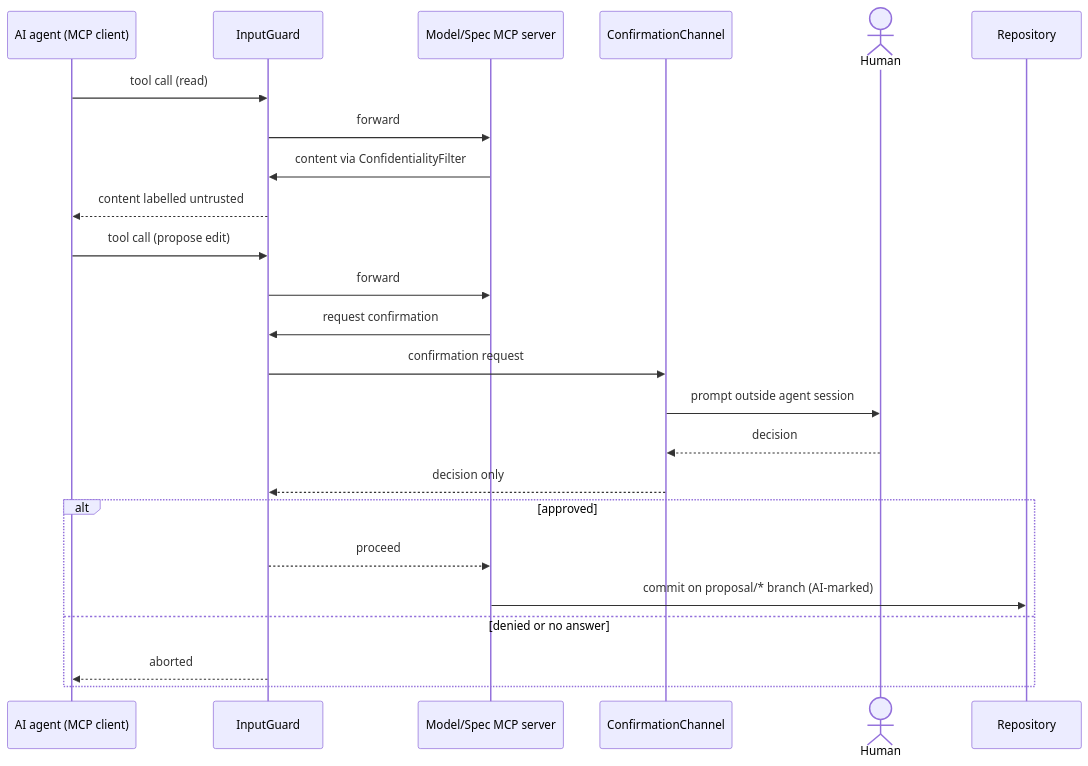
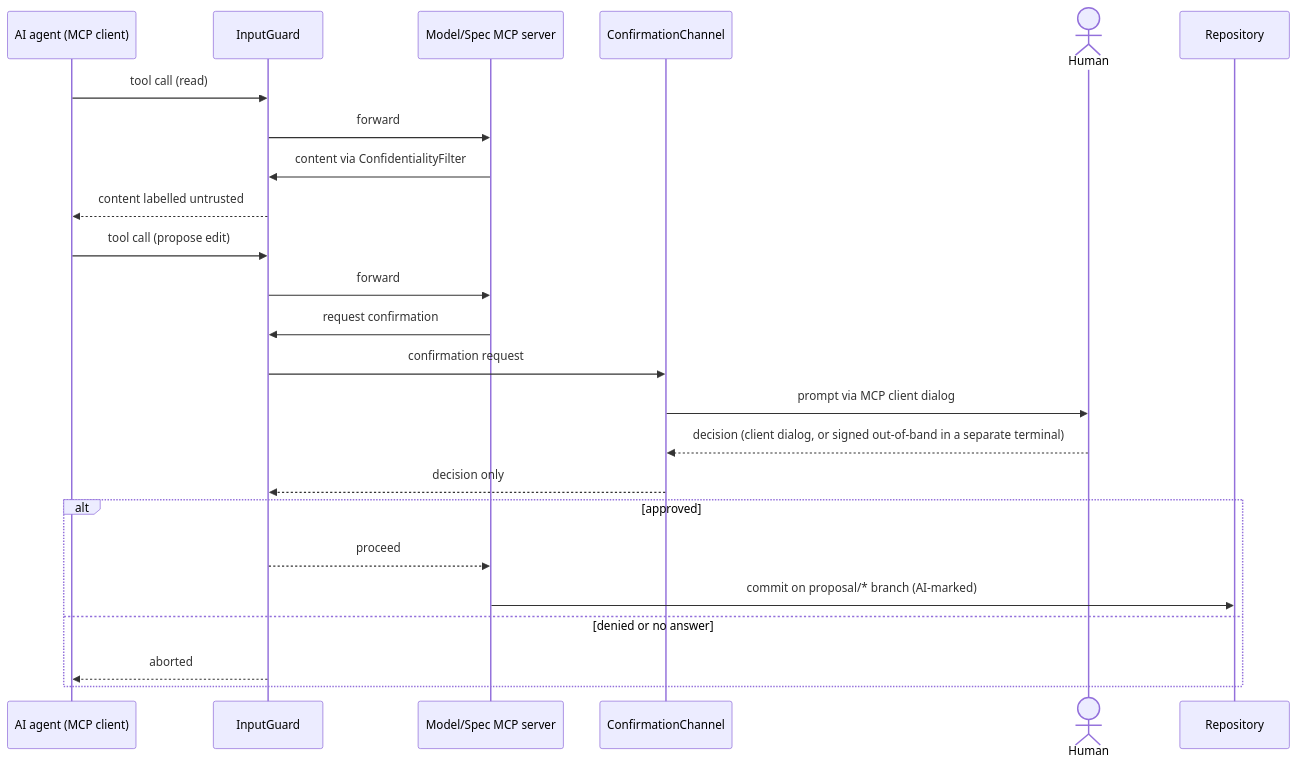
The diagram in docs/diagrams/02_agent_path_confirmation.mmd (DanielLockau-MLPA/specflow), drawn with Mermaid before and after one commit. The commit also changed 18 other files, not shown here.

First line of the commit message:
Record DL-024; fix lint; regenerate diagrams for the amended architecture

```diff
--- a/docs/diagrams/02_agent_path_confirmation.mmd
+++ b/docs/diagrams/02_agent_path_confirmation.mmd
@@ -1,24 +1,24 @@
 sequenceDiagram
   participant A as AI agent (MCP client)
   participant G as InputGuard
   participant S as Model/Spec MCP server
   participant C as ConfirmationChannel
   actor H as Human
   participant R as Repository
   A->>G: tool call (read)
   G->>S: forward
   S->>G: content via ConfidentialityFilter
   G-->>A: content labelled untrusted
   A->>G: tool call (propose edit)
   G->>S: forward
   S->>G: request confirmation
   G->>C: confirmation request
-  C->>H: prompt outside agent session
-  H-->>C: decision
+  C->>H: prompt via MCP client dialog
+  H-->>C: decision (client dialog, or signed out-of-band in a separate terminal)
   C-->>G: decision only
   alt approved
     G-->>S: proceed
     S->>R: commit on proposal/* branch (AI-marked)
   else denied or no answer
     G-->>A: aborted
   end
```
